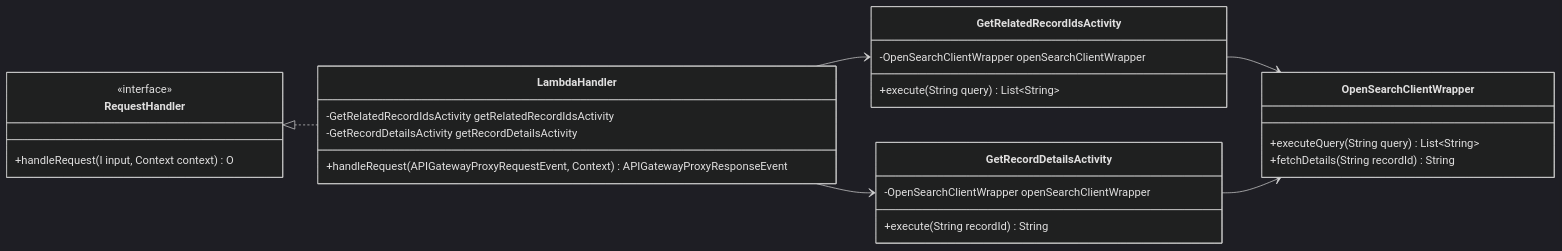
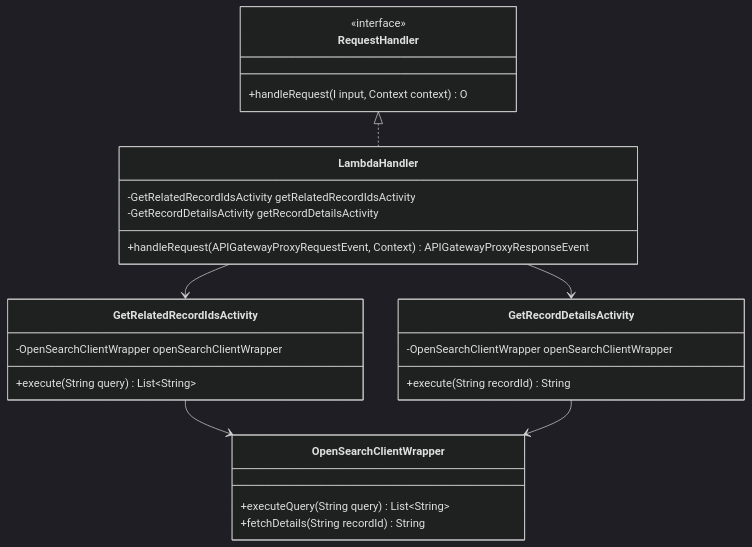
One commit to samtindal/uspto-opensearch-connector changed the second of 2 diagrams in README.md. Above: the diagram before and after it, drawn with Mermaid (dark theme).

Commit message:
Lay out class diagram top-to-bottom for readability

````diff
--- a/README.md
+++ b/README.md
@@ -45,30 +45,30 @@
 ```mermaid
 classDiagram
-    direction LR
+    direction TB
     class RequestHandler {
         <<interface>>
         +handleRequest(I input, Context context) O
     }
     class LambdaHandler {
         -GetRelatedRecordIdsActivity getRelatedRecordIdsActivity
         -GetRecordDetailsActivity getRecordDetailsActivity
         +handleRequest(APIGatewayProxyRequestEvent, Context) APIGatewayProxyResponseEvent
     }
     class GetRelatedRecordIdsActivity {
         -OpenSearchClientWrapper openSearchClientWrapper
         +execute(String query) List~String~
     }
     class GetRecordDetailsActivity {
         -OpenSearchClientWrapper openSearchClientWrapper
         +execute(String recordId) String
     }
     class OpenSearchClientWrapper {
         +executeQuery(String query) List~String~
         +fetchDetails(String recordId) String
     }
     RequestHandler <|.. LambdaHandler
     LambdaHandler --> GetRelatedRecordIdsActivity
     LambdaHandler --> GetRecordDetailsActivity
     GetRelatedRecordIdsActivity --> OpenSearchClientWrapper
     GetRecordDetailsActivity --> OpenSearchClientWrapper
 ```
````
